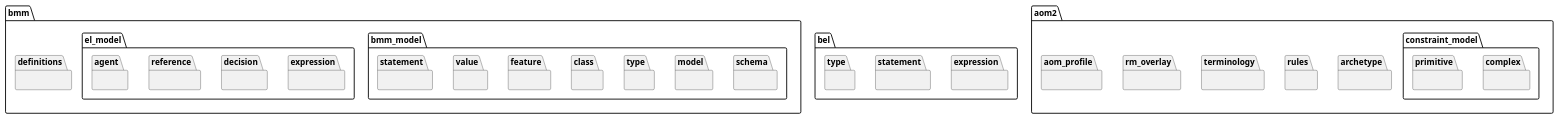
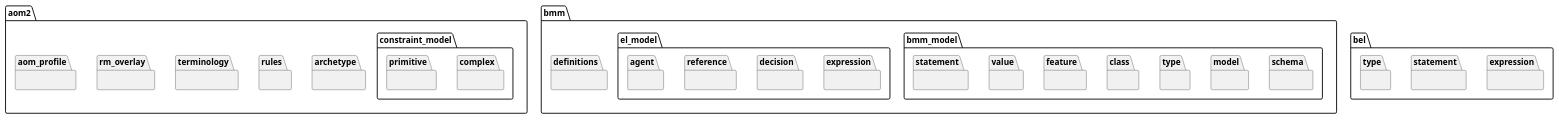
Before and after one commit to wolandscat/openehr-doc: the diagram in modules/ROOT/examples/bmm/languages/languages-package-uml.adoc, drawn with PlantUML. The commit also changed other lines of this file and 293 other files, not shown here.

Commit message:
Regen with tweaks to UML output and correct metatypes for nested generics.

```diff
--- a/modules/ROOT/examples/bmm/languages/languages-package-uml.adoc
+++ b/modules/ROOT/examples/bmm/languages/languages-package-uml.adoc
@@ -3,73 +3,73 @@
 [plantuml,opts=interactive,link=self]
 ....
 skinparam groupInheritance 2
 skinparam citedClassColor #FDFDFD
 
+
+package aom2.archetype {
+}
+
+package aom2.constraint_model.complex {
+}
+
+package aom2.constraint_model.primitive {
+}
+
+package aom2.rules {
+}
+
+package aom2.terminology {
+}
+
+package aom2.rm_overlay {
+}
+
+package aom2.aom_profile {
+}
 
 package bmm.definitions {
 }
 
 package bmm.bmm_model.schema {
 }
 
 package bmm.bmm_model.model {
 }
 
 package bmm.bmm_model.type {
 }
 
 package bmm.bmm_model.class {
 }
 
 package bmm.bmm_model.feature {
 }
 
 package bmm.bmm_model.value {
 }
 
 package bmm.bmm_model.statement {
 }
 
 package bmm.el_model.expression {
 }
 
 package bmm.el_model.decision {
 }
 
 package bmm.el_model.reference {
 }
 
 package bmm.el_model.agent {
 }
 
 package bel.expression {
 }
 
 package bel.statement {
 }
 
 package bel.type {
 }
 
-package aom2.archetype {
-}
-
-package aom2.constraint_model.complex {
-}
-
-package aom2.constraint_model.primitive {
-}
-
-package aom2.rules {
-}
-
-package aom2.terminology {
-}
-
-package aom2.rm_overlay {
-}
-
-package aom2.aom_profile {
-}
-
 ....
```
